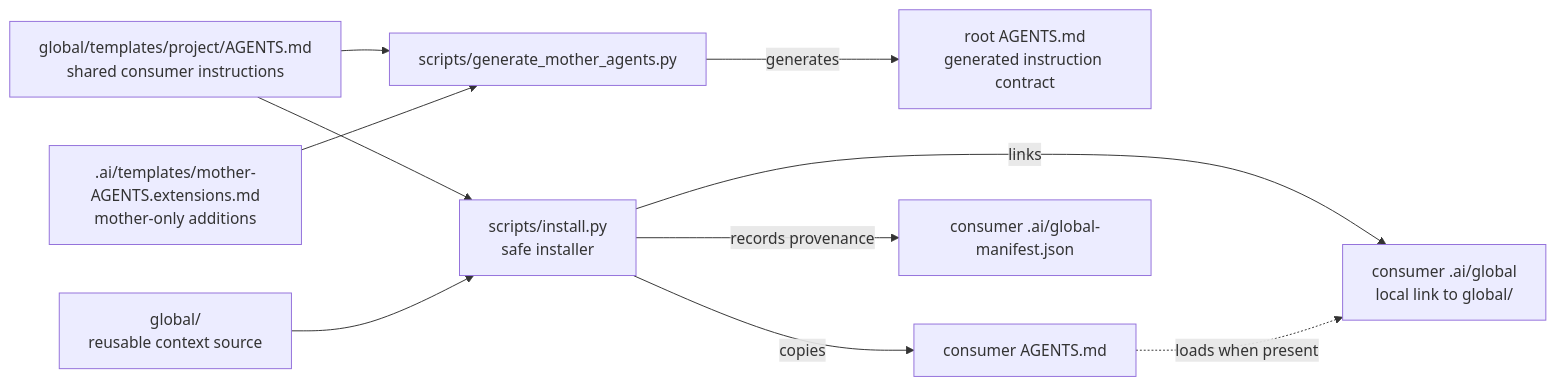
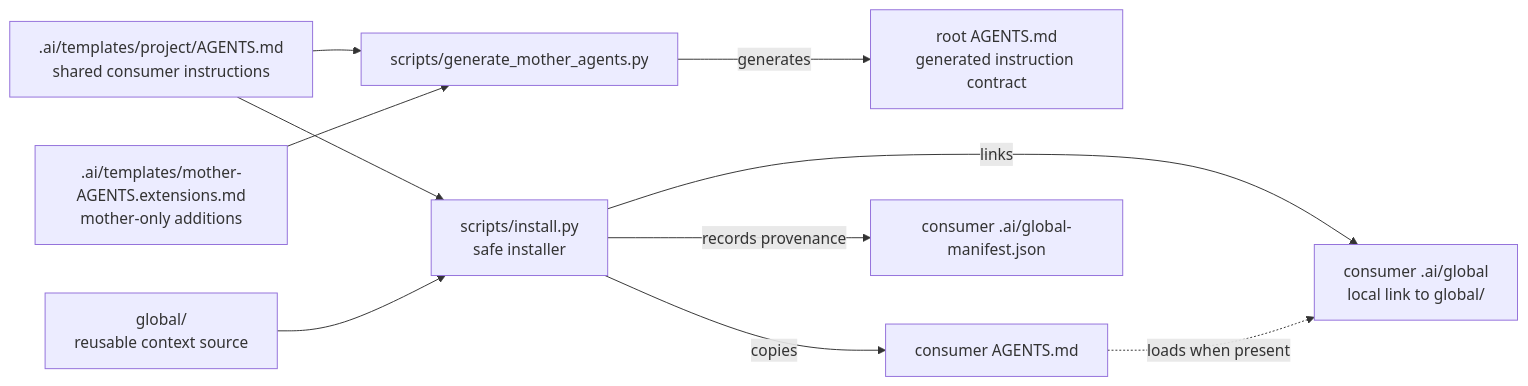
One commit to marcosrdac/gamk changed the third of 3 diagrams in README.md. Above: the diagram before and after it, drawn with Mermaid. The commit also changed other lines of this file and 16 other files, not shown here.

````diff
--- a/README.md
+++ b/README.md
@@ -271,22 +271,22 @@
 ```mermaid
 flowchart LR
-    T["global/templates/project/AGENTS.md<br/>shared consumer instructions"]
+    T[".ai/templates/project/AGENTS.md<br/>shared consumer instructions"]
     X[".ai/templates/mother-AGENTS.extensions.md<br/>mother-only additions"]
     N["scripts/generate_mother_agents.py"]
     A["root AGENTS.md<br/>generated instruction contract"]
     I["scripts/install.py<br/>safe installer"]
     G["global/<br/>reusable context source"]
     C["consumer AGENTS.md"]
     L["consumer .ai/global<br/>local link to global/"]
     M["consumer .ai/global-manifest.json"]
 
     T --> N
     X --> N
     N -->|generates| A
     T --> I
     G --> I
     I -->|copies| C
     I -->|links| L
     I -->|records provenance| M
     C -.->|loads when present| L
 ```
````
